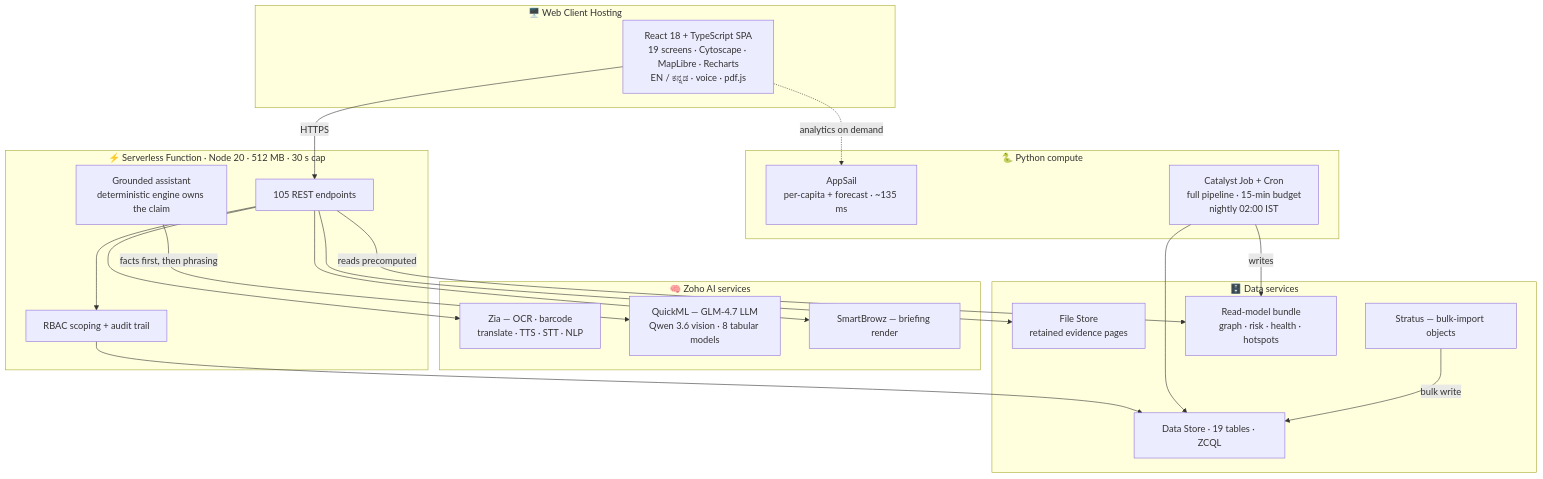
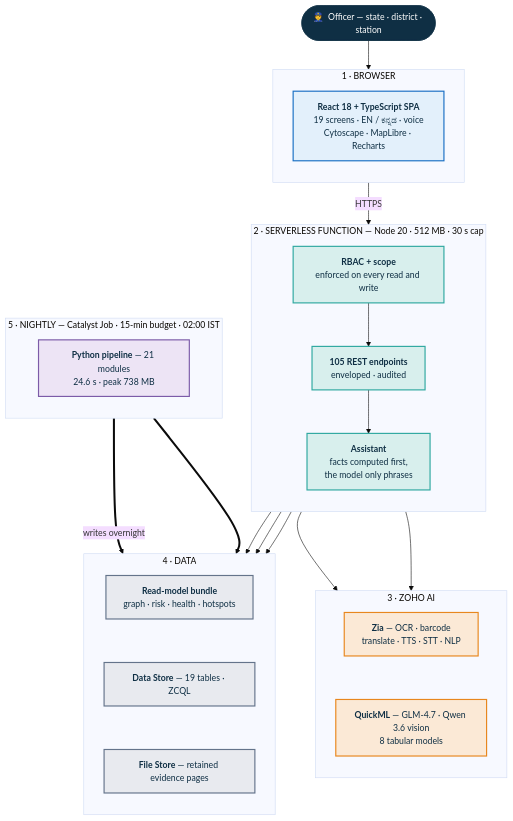
One commit to adarshcod30/Kadi changed the first of 6 diagrams in README.md. Above: the diagram before and after it, drawn with Mermaid. The commit also changed other lines of this file, not shown here.

First line of the commit message:
Make the diagrams readable and coloured, and add three more

````diff
--- a/README.md
+++ b/README.md
@@ -238,42 +238,62 @@
 ```mermaid
+%%{init: {'theme':'base','themeVariables':{'fontSize':'15px','fontFamily':'ui-sans-serif, system-ui, sans-serif'}}}%%
 flowchart TB
-    subgraph CLIENT["🖥️  Web Client Hosting"]
-        SPA["React 18 + TypeScript SPA<br/>19 screens · Cytoscape · MapLibre · Recharts<br/>EN / ಕನ್ನಡ · voice · pdf.js"]
+    O(["👮  Officer — state · district · station"])
+
+    subgraph L1["1 · BROWSER"]
+        direction TB
+        SPA["<b>React 18 + TypeScript SPA</b><br/>19 screens · EN / ಕನ್ನಡ · voice<br/>Cytoscape · MapLibre · Recharts"]
     end
 
-    subgraph API["⚡  Serverless Function · Node 20 · 512 MB · 30 s cap"]
-        REST["105 REST endpoints"]
-        RBAC["RBAC scoping + audit trail"]
-        ASST["Grounded assistant<br/>deterministic engine owns the claim"]
+    subgraph L2["2 · SERVERLESS FUNCTION — Node 20 · 512 MB · 30 s cap"]
+        direction TB
+        RBAC["<b>RBAC + scope</b><br/>enforced on every read and write"]
+        REST["<b>105 REST endpoints</b><br/>enveloped · audited"]
+        ASST["<b>Assistant</b><br/>facts computed first,<br/>the model only phrases"]
+        RBAC --> REST --> ASST
     end
 
-    subgraph AI["🧠  Zoho AI services"]
-        ZIA["Zia — OCR · barcode<br/>translate · TTS · STT · NLP"]
-        QML["QuickML — GLM-4.7 LLM<br/>Qwen 3.6 vision · 8 tabular models"]
-        SB["SmartBrowz — briefing render"]
+    subgraph L3["3 · ZOHO AI"]
+        direction TB
+        ZIA["<b>Zia</b> — OCR · barcode<br/>translate · TTS · STT · NLP"]
+        QML["<b>QuickML</b> — GLM-4.7 · Qwen 3.6 vision<br/>8 tabular models"]
+        ZIA ~~~ QML
     end
 
-    subgraph COMPUTE["🐍  Python compute"]
-        APPSAIL["AppSail<br/>per-capita + forecast · ~135 ms"]
-        JOB["Catalyst Job + Cron<br/>full pipeline · 15-min budget<br/>nightly 02:00 IST"]
+    subgraph L4["4 · DATA"]
+        direction TB
+        RM["<b>Read-model bundle</b><br/>graph · risk · health · hotspots"]
+        DS["<b>Data Store</b> — 19 tables · ZCQL"]
+        FS["<b>File Store</b> — retained evidence pages"]
+        RM ~~~ DS ~~~ FS
     end
 
-    subgraph DATA["🗄️  Data services"]
-        DS["Data Store · 19 tables · ZCQL"]
-        FS["File Store<br/>retained evidence pages"]
-        ST["Stratus — bulk-import objects"]
-        RM["Read-model bundle<br/>graph · risk · health · hotspots"]
+    subgraph L5["5 · NIGHTLY — Catalyst Job · 15-min budget · 02:00 IST"]
+        direction TB
+        JOB["<b>Python pipeline</b> — 21 modules<br/>24.6 s · peak 738 MB"]
     end
 
-    SPA -->|HTTPS| REST
-    REST --> RBAC --> DS
-    REST -->|reads precomputed| RM
-    ASST -->|facts first, then phrasing| QML
+    O --> SPA
+    SPA -->|HTTPS| RBAC
     REST --> ZIA
-    REST --> SB
+    ASST --> QML
+    REST --> RM
+    REST --> DS
     REST --> FS
-    JOB -->|writes| RM
-    JOB --> DS
-    ST -->|bulk write| DS
-    SPA -.->|analytics on demand| APPSAIL
+    JOB ==>|writes overnight| RM
+    JOB ==> DS
+
+    classDef client fill:#E3F0FB,stroke:#1A6FC4,stroke-width:2px,color:#0F2F44
+    classDef api    fill:#D8EFED,stroke:#2FA8A0,stroke-width:2px,color:#0F2F44
+    classDef ai     fill:#FBE9D6,stroke:#E8871E,stroke-width:2px,color:#0F2F44
+    classDef data   fill:#E8EAEF,stroke:#64748B,stroke-width:2px,color:#0F2F44
+    classDef job    fill:#EDE4F5,stroke:#7C5BA8,stroke-width:2px,color:#0F2F44
+    classDef actor  fill:#0F2F44,stroke:#0F2F44,color:#FFFFFF
+
+    class SPA client
+    class RBAC,REST,ASST api
+    class ZIA,QML ai
+    class RM,DS,FS data
+    class JOB job
+    class O actor
 ```
````
